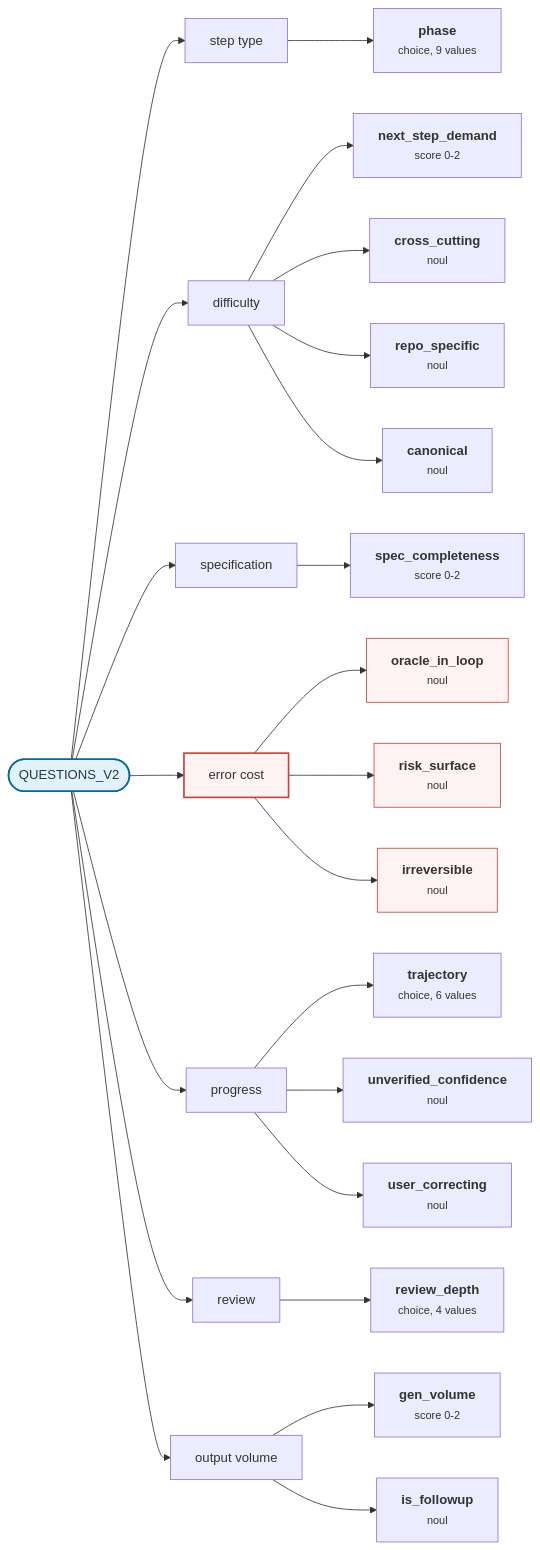
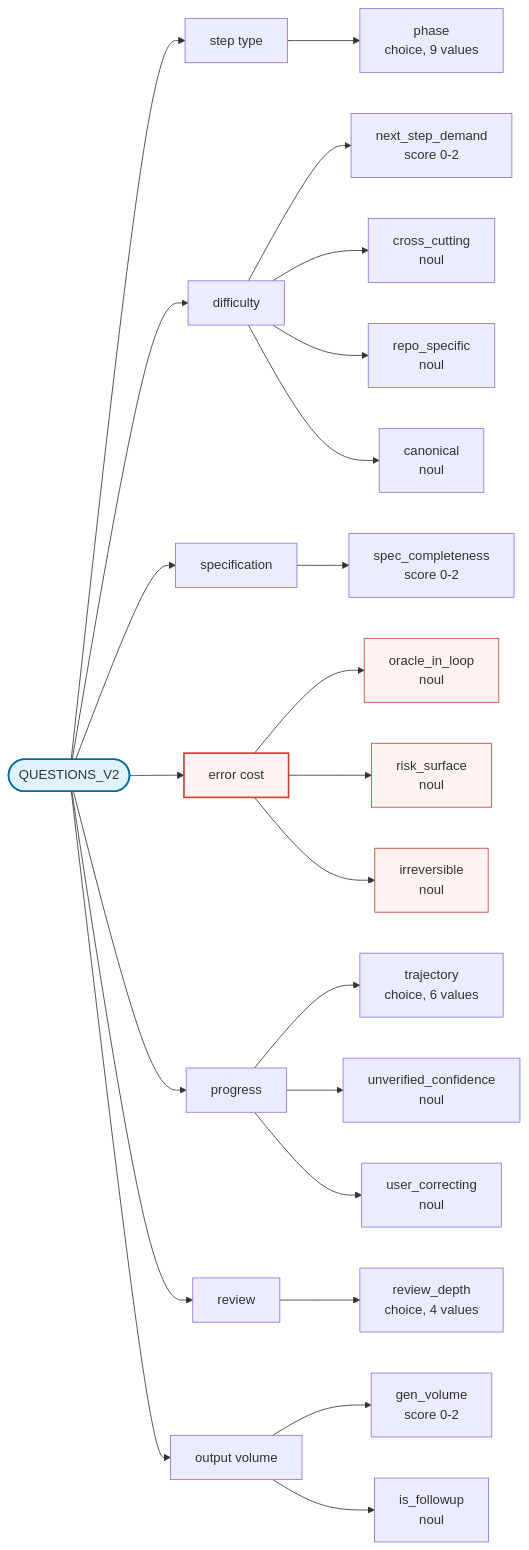
Before and after one commit to tgiridhar/claude-code-jev-smart-router: the second of 2 diagrams in docs/ONTOLOGY.md, drawn with Mermaid. The commit also changed other lines of this file and 2 other files, not shown here.

Commit message:
docs: strip font tags from mermaid node labels
GitHub's mermaid mis-measures <small> text: the node box is sized from
one font and the label rendered in another, so labels were clipped
mid-word ("extract_ledger, pick_tie", "apply_cache_pol",
"opt-in, gitignor"). Confirmed by rendering ARCHITECTURE.md on
github.com.

Replaces <b>/<small> markup with plain text plus <br/> in all 48 affected
label lines across the eight diagrams, which mermaid measures correctly.

````diff
--- a/docs/ONTOLOGY.md
+++ b/docs/ONTOLOGY.md
@@ -113,44 +113,44 @@
 ```mermaid
 flowchart LR
     root(["QUESTIONS_V2"])
 
     a1["step type"]
     a2["difficulty"]
     a3["specification"]
     a4["error cost"]
     a5["progress"]
     a6["review"]
     a7["output volume"]
 
-    root --> a1 --> q1["<b>phase</b><br/><small>choice, 9 values</small>"]
+    root --> a1 --> q1["phase<br/>choice, 9 values"]
 
     root --> a2
-    a2 --> q2["<b>next_step_demand</b><br/><small>score 0-2</small>"]
-    a2 --> q3["<b>cross_cutting</b><br/><small>noul</small>"]
-    a2 --> q4["<b>repo_specific</b><br/><small>noul</small>"]
-    a2 --> q5["<b>canonical</b><br/><small>noul</small>"]
+    a2 --> q2["next_step_demand<br/>score 0-2"]
+    a2 --> q3["cross_cutting<br/>noul"]
+    a2 --> q4["repo_specific<br/>noul"]
+    a2 --> q5["canonical<br/>noul"]
 
-    root --> a3 --> q6["<b>spec_completeness</b><br/><small>score 0-2</small>"]
+    root --> a3 --> q6["spec_completeness<br/>score 0-2"]
 
     root --> a4
-    a4 --> q7["<b>oracle_in_loop</b><br/><small>noul</small>"]
-    a4 --> q8["<b>risk_surface</b><br/><small>noul</small>"]
-    a4 --> q9["<b>irreversible</b><br/><small>noul</small>"]
+    a4 --> q7["oracle_in_loop<br/>noul"]
+    a4 --> q8["risk_surface<br/>noul"]
+    a4 --> q9["irreversible<br/>noul"]
 
     root --> a5
-    a5 --> q10["<b>trajectory</b><br/><small>choice, 6 values</small>"]
-    a5 --> q11["<b>unverified_confidence</b><br/><small>noul</small>"]
-    a5 --> q12["<b>user_correcting</b><br/><small>noul</small>"]
+    a5 --> q10["trajectory<br/>choice, 6 values"]
+    a5 --> q11["unverified_confidence<br/>noul"]
+    a5 --> q12["user_correcting<br/>noul"]
 
-    root --> a6 --> q13["<b>review_depth</b><br/><small>choice, 4 values</small>"]
+    root --> a6 --> q13["review_depth<br/>choice, 4 values"]
 
     root --> a7
-    a7 --> q14["<b>gen_volume</b><br/><small>score 0-2</small>"]
-    a7 --> q15["<b>is_followup</b><br/><small>noul</small>"]
+    a7 --> q14["gen_volume<br/>score 0-2"]
+    a7 --> q15["is_followup<br/>noul"]
 
     style a4 fill:#fef2f2,stroke:#cb4136,stroke-width:2px
     style q7 fill:#fef2f2,stroke:#cb4136
     style q8 fill:#fef2f2,stroke:#cb4136
     style q9 fill:#fef2f2,stroke:#cb4136
     style root fill:#e0f2fe,stroke:#0369a1,stroke-width:2px
 ```
````
